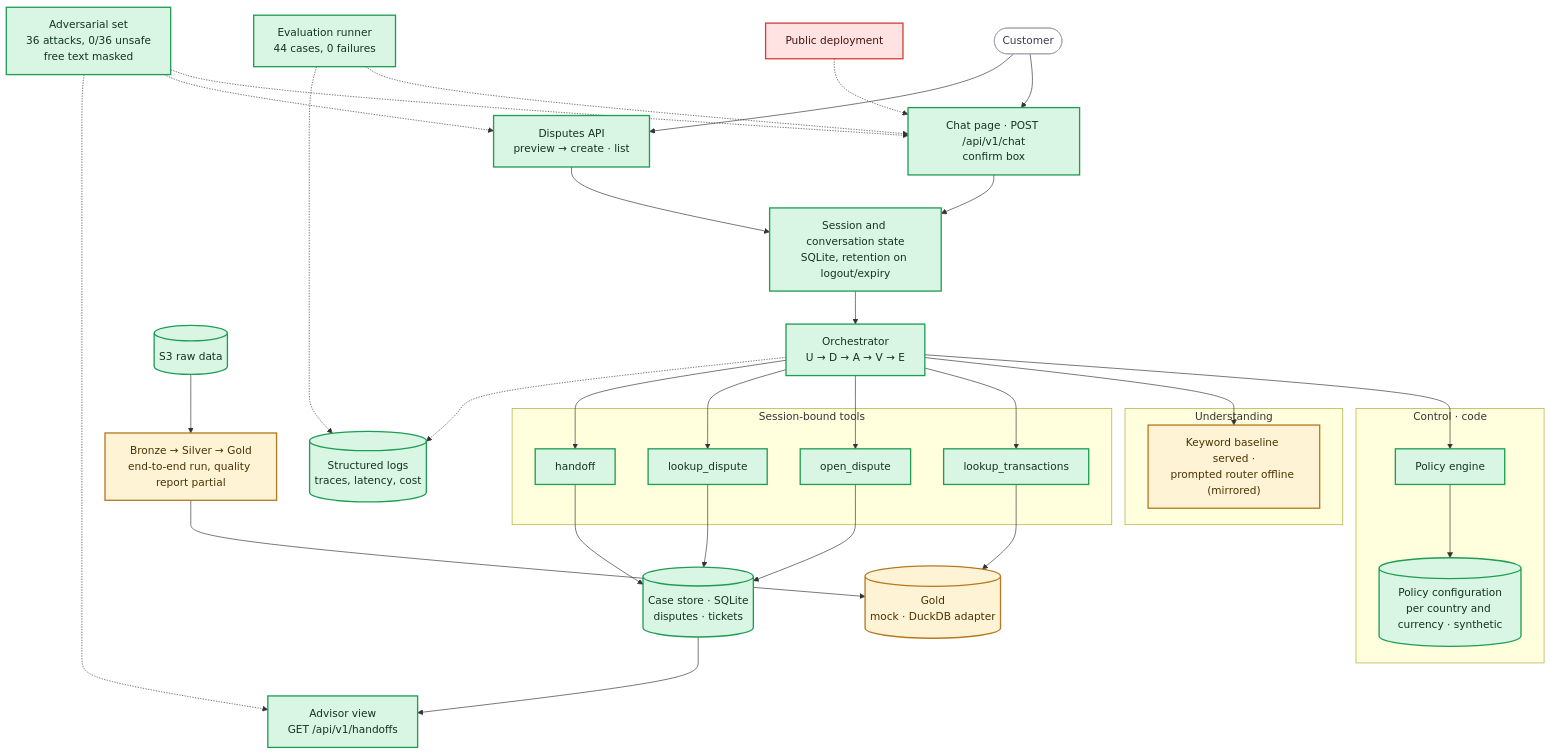
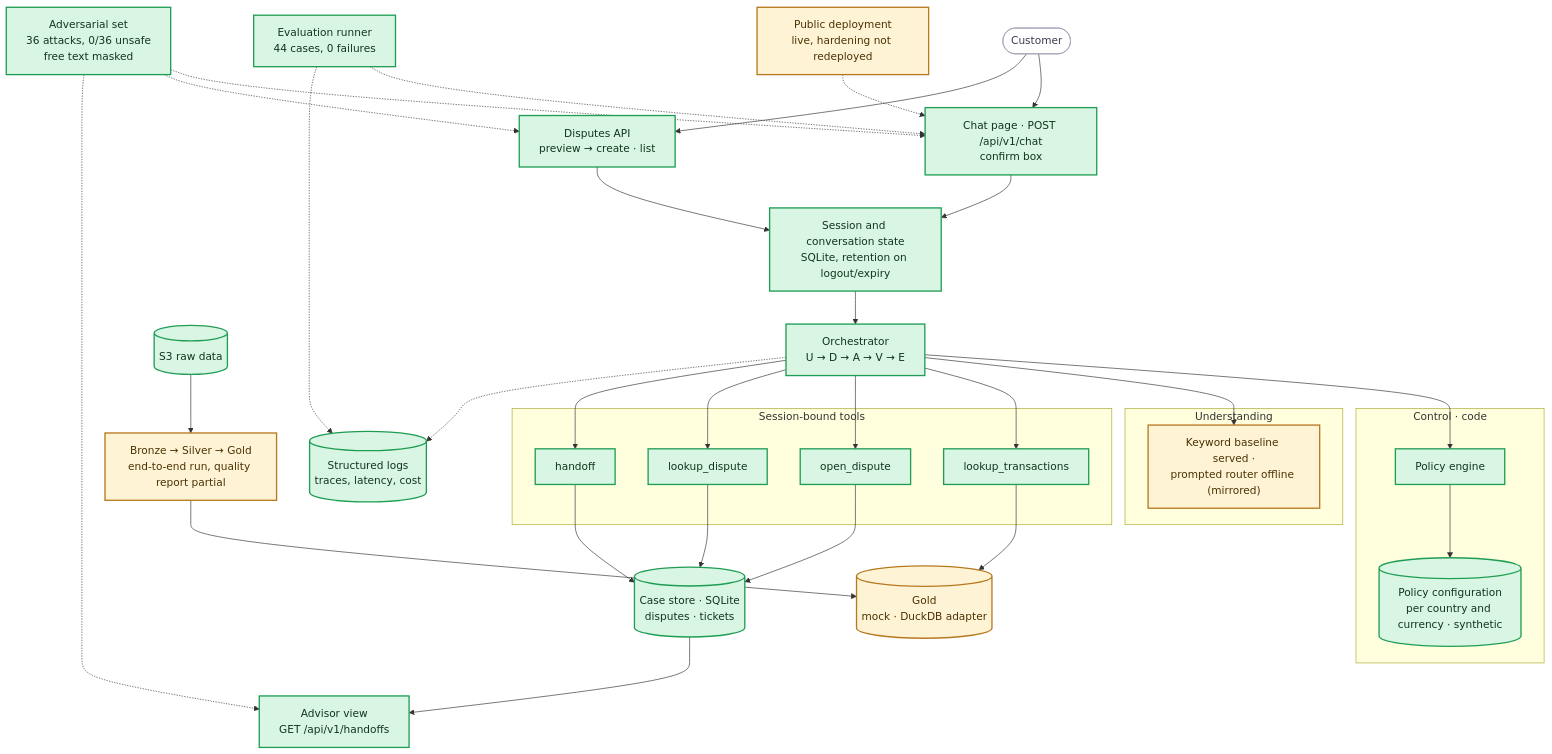
One commit to rdorta27/factored-hackathon-2026-sentinel-engine changed the diagram in team/component-status.md. Above: the diagram before and after it, drawn with Mermaid. The commit also changed other lines of this file and 5 other files, not shown here.

````diff
--- a/team/component-status.md
+++ b/team/component-status.md
@@ -7,51 +7,50 @@
 ```mermaid
 flowchart TB
     client(["Customer"]) --> chat["Chat page · POST /api/v1/chat<br/>confirm box"]
     client --> dapi["Disputes API<br/>preview → create · list"]
     chat --> session["Session and conversation state<br/>SQLite, retention on logout/expiry"]
     dapi --> session
     session --> orch["Orchestrator<br/>U → D → A → V → E"]
 
     subgraph control["Control · code"]
         policy["Policy engine"]
         config[("Policy configuration<br/>per country and currency · synthetic")]
         policy --> config
     end
     subgraph toolset["Session-bound tools"]
         lookup["lookup_transactions"]
         open["open_dispute"]
         verify["lookup_dispute"]
         handoff["handoff"]
     end
     subgraph brain["Understanding"]
         learned["Keyword baseline served ·<br/>prompted router offline (mirrored)"]
     end
 
     orch --> policy
     orch --> learned
     orch --> lookup & open & verify & handoff
     lookup --> gold[("Gold<br/>mock · DuckDB adapter")]
     open --> cases[("Case store · SQLite<br/>disputes · tickets")]
     verify --> cases
     handoff --> cases
     cases --> aview["Advisor view<br/>GET /api/v1/handoffs"]
     orch -.-> logs[("Structured logs<br/>traces, latency, cost")]
     evalr["Evaluation runner<br/>44 cases, 0 failures"] -.-> chat
     evalr -.-> logs
     tests["Adversarial set<br/>36 attacks, 0/36 unsafe<br/>free text masked"] -.-> chat
     tests -.-> dapi
     tests -.-> aview
     s3[("S3 raw data")] --> pipeline["Bronze → Silver → Gold<br/>end-to-end run, quality report partial"]
     pipeline --> gold
-    deploy["Public deployment"] -.-> chat
+    deploy["Public deployment<br/>live, hardening not redeployed"] -.-> chat
 
     classDef done fill:#d9f5e3,stroke:#1f9d55,stroke-width:2px,color:#12351f
     classDef partial fill:#fff3d6,stroke:#b7791f,stroke-width:2px,color:#4a3200
     classDef missing fill:#ffe3e3,stroke:#d33f3f,stroke-width:2px,color:#4a1111
     classDef ext fill:#ffffff,stroke:#a09cb5,stroke-width:1px,color:#3d3a4f
     class chat,dapi,session,orch,policy,config,lookup,open,verify,handoff,cases,aview,logs,evalr,tests done
-    class learned,gold,pipeline partial
-    class deploy missing
+    class learned,gold,pipeline,deploy partial
     class s3 done
     class client ext
 ```
````
